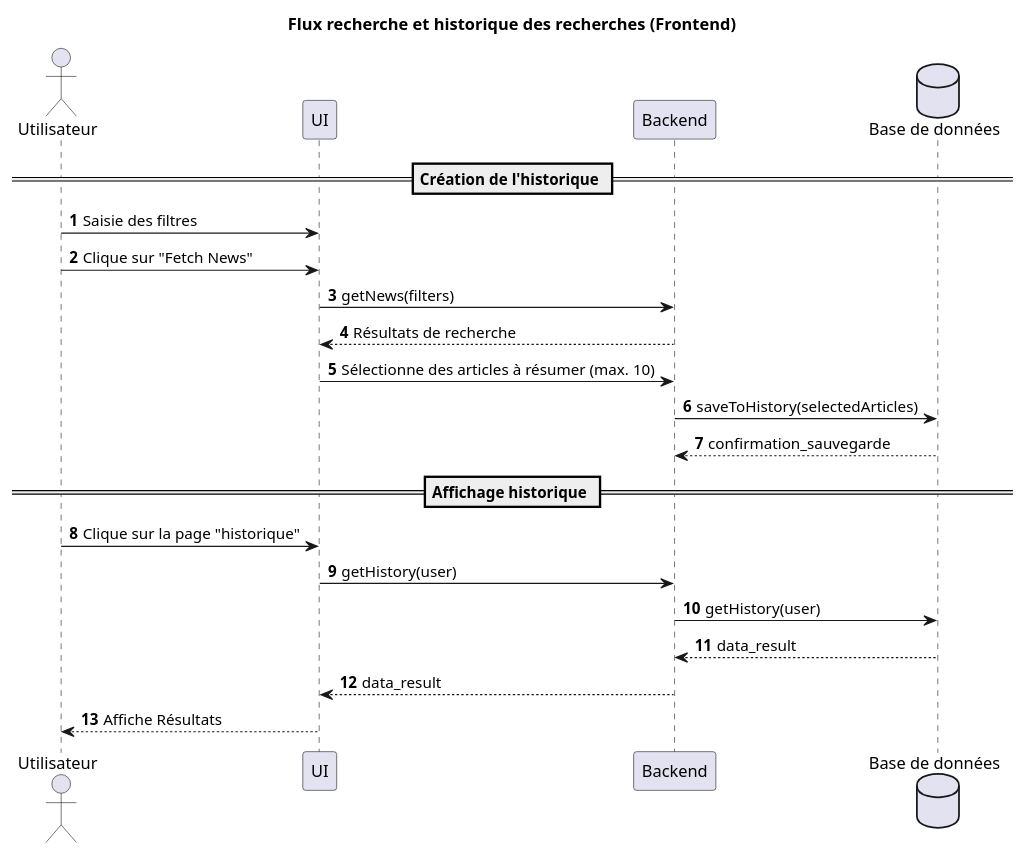
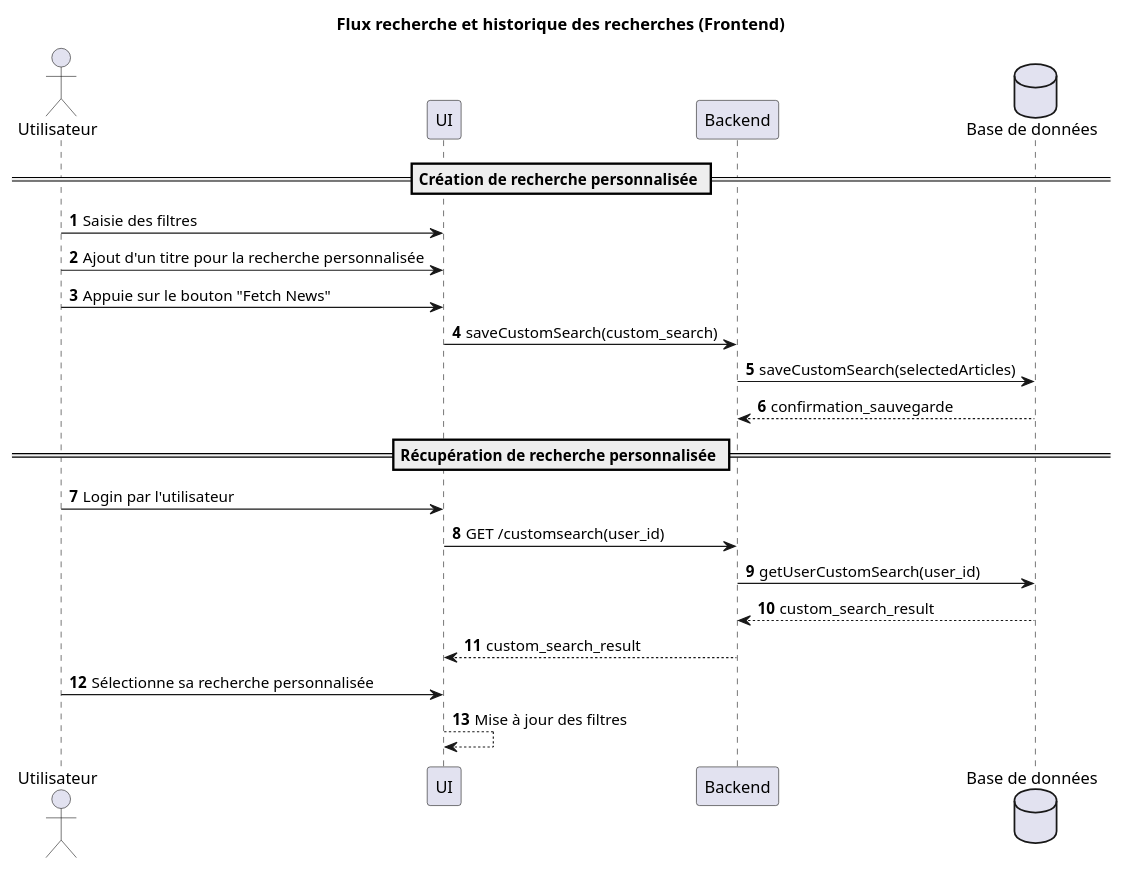
Before and after one commit to TPI2026-NewsGenerator/NewsGenerator-Frontend: the diagram in docs/UML/search-history-diagram.puml, drawn with PlantUML.

Commit message:
chore: update custom search sequence diagram

```diff
--- a/docs/UML/search-history-diagram.puml
+++ b/docs/UML/search-history-diagram.puml
@@ -1,32 +1,29 @@
 @startuml
 title Flux recherche et historique des recherches (Frontend)
 autonumber
 
 actor "Utilisateur" as User
 participant "UI" as UI
 participant "Backend" as BE
 database "Base de données" as DB
 
-== Création de l'historique ==
+== Création de recherche personnalisée ==
 User -> UI : Saisie des filtres
-User -> UI : Clique sur "Fetch News"
+User -> UI : Ajout d'un titre pour la recherche personnalisée
+User -> UI : Appuie sur le bouton "Fetch News"
 
-UI -> BE : getNews(filters)
-BE --> UI : Résultats de recherche
-
-UI -> BE : Sélectionne des articles à résumer (max. 10)
-BE -> DB : saveToHistory(selectedArticles)
+UI -> BE : saveCustomSearch(custom_search)
+BE -> DB : saveCustomSearch(selectedArticles)
 DB --> BE : confirmation_sauvegarde
 
-== Affichage historique ==
-User -> UI : Clique sur la page "historique"
+== Récupération de recherche personnalisée ==
+User -> UI : Login par l'utilisateur
+UI -> BE : GET /customsearch(user_id)
+BE -> DB : getUserCustomSearch(user_id)
+DB --> BE : custom_search_result
+BE --> UI : custom_search_result
+User -> UI : Sélectionne sa recherche personnalisée
 
-UI -> BE : getHistory(user)
-BE -> DB : getHistory(user)
-
-DB --> BE : data_result
-BE --> UI : data_result
-
-UI --> User : Affiche Résultats
+UI --> UI : Mise à jour des filtres
 
 @enduml
```
